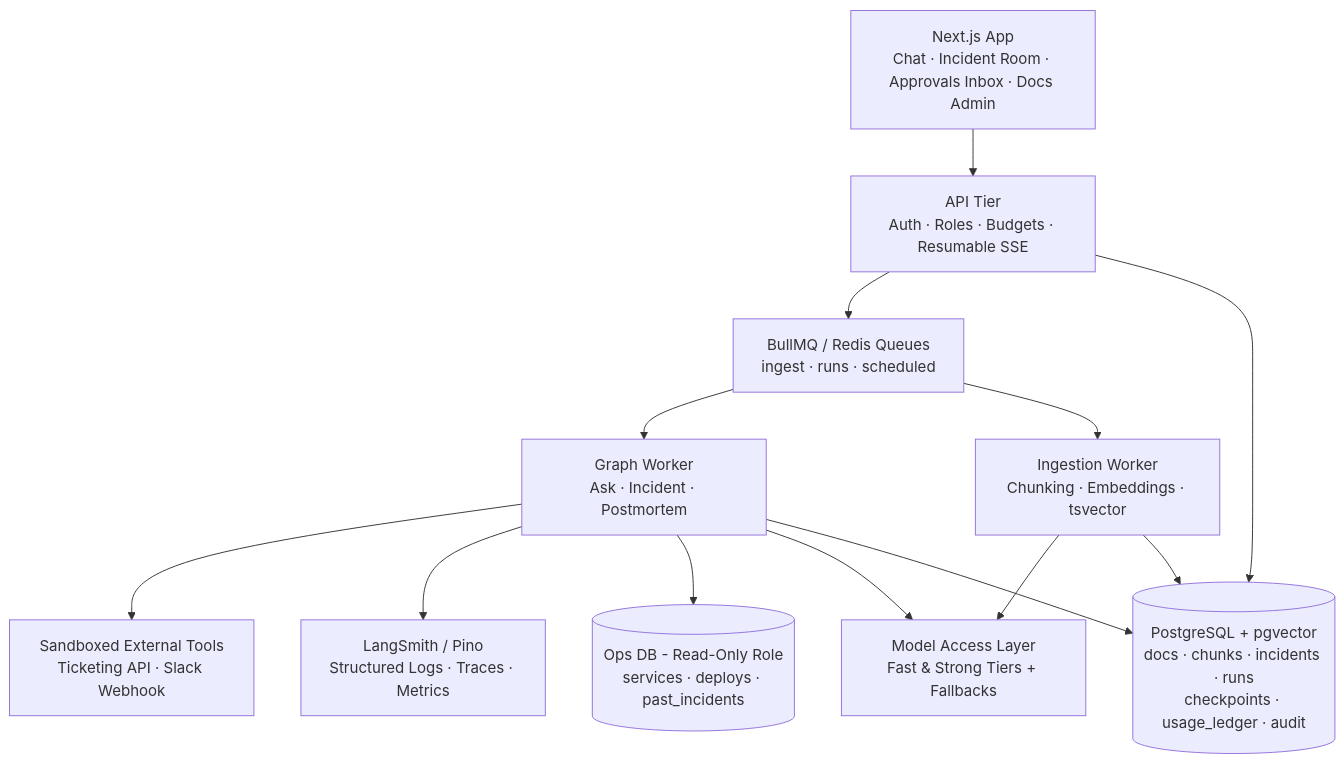
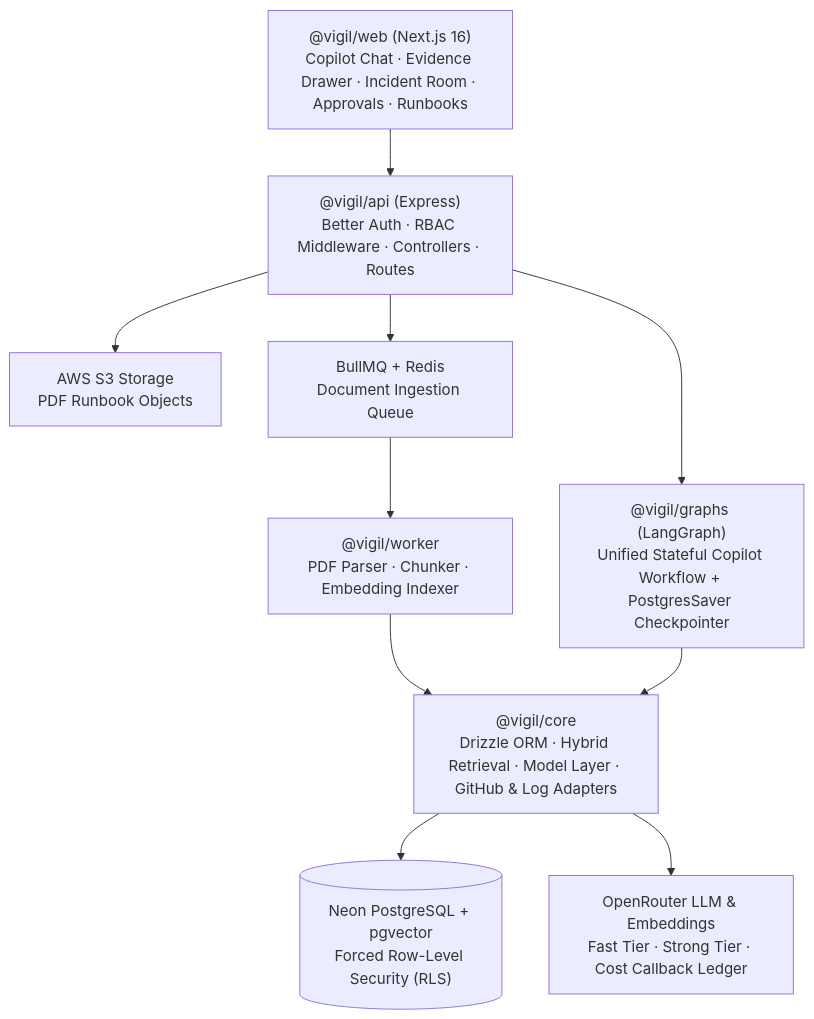
Before and after one commit to imramkrishna/Vigil: the first of 2 diagrams in README.md, drawn with Mermaid. The commit also changed other lines of this file and 2 other files, not shown here.

Commit message:
Refactor README and feature specification for Vigil: Update project overview, key components, and ingestion mechanisms for GitHub commits and documentation.

````diff
--- a/README.md
+++ b/README.md
@@ -60,18 +38,12 @@
 ```mermaid
-graph TD
-    UI["Next.js App<br/>Chat · Incident Room · Approvals Inbox · Docs Admin"] --> API["API Tier<br/>Auth · Roles · Budgets · Resumable SSE"]
-    API --> Queues["BullMQ / Redis Queues<br/>ingest · runs · scheduled"]
-    API --> PG[("PostgreSQL + pgvector<br/>docs · chunks · incidents · runs<br/>checkpoints · usage_ledger · audit")]
-    
-    Queues --> GW["Graph Worker<br/>Ask · Incident · Postmortem"]
-    Queues --> IW["Ingestion Worker<br/>Chunking · Embeddings · tsvector"]
-    
-    IW --> ModelLayer["Model Access Layer<br/>Fast & Strong Tiers + Fallbacks"]
-    IW --> PG
-    
-    GW --> Sandbox["Sandboxed External Tools<br/>Ticketing API · Slack Webhook"]
-    GW --> LangSmith["LangSmith / Pino<br/>Structured Logs · Traces · Metrics"]
-    GW --> OpsDB[("Ops DB - Read-Only Role<br/>services · deploys · past_incidents")]
-    GW --> ModelLayer
-    GW --> PG
+flowchart TD
+    Web["@vigil/web (Next.js 16)<br/>Copilot Chat · Evidence Drawer · Incident Room · Approvals · Runbooks"] --> API["@vigil/api (Express)<br/>Better Auth · RBAC Middleware · Controllers · Routes"]
+    API --> Graph["@vigil/graphs (LangGraph)<br/>Unified Stateful Copilot Workflow + PostgresSaver Checkpointer"]
+    API --> S3["AWS S3 Storage<br/>PDF Runbook Objects"]
+    API --> BullMQ["BullMQ + Redis<br/>Document Ingestion Queue"]
+    BullMQ --> Worker["@vigil/worker<br/>PDF Parser · Chunker · Embedding Indexer"]
+    Worker --> Core["@vigil/core<br/>Drizzle ORM · Hybrid Retrieval · Model Layer · GitHub & Log Adapters"]
+    Graph --> Core
+    Core --> PG[("Neon PostgreSQL + pgvector<br/>Forced Row-Level Security (RLS)")]
+    Core --> OpenRouter["OpenRouter LLM & Embeddings<br/>Fast Tier · Strong Tier · Cost Callback Ledger"]
 ```
````
